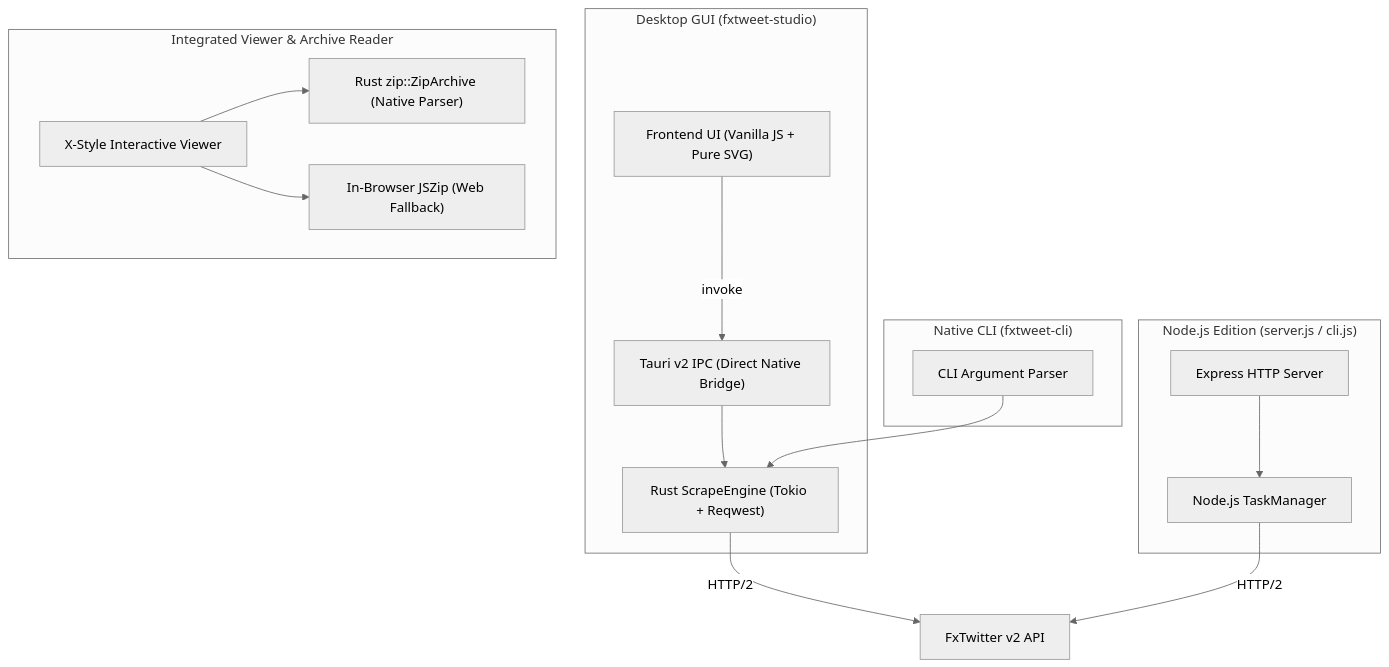
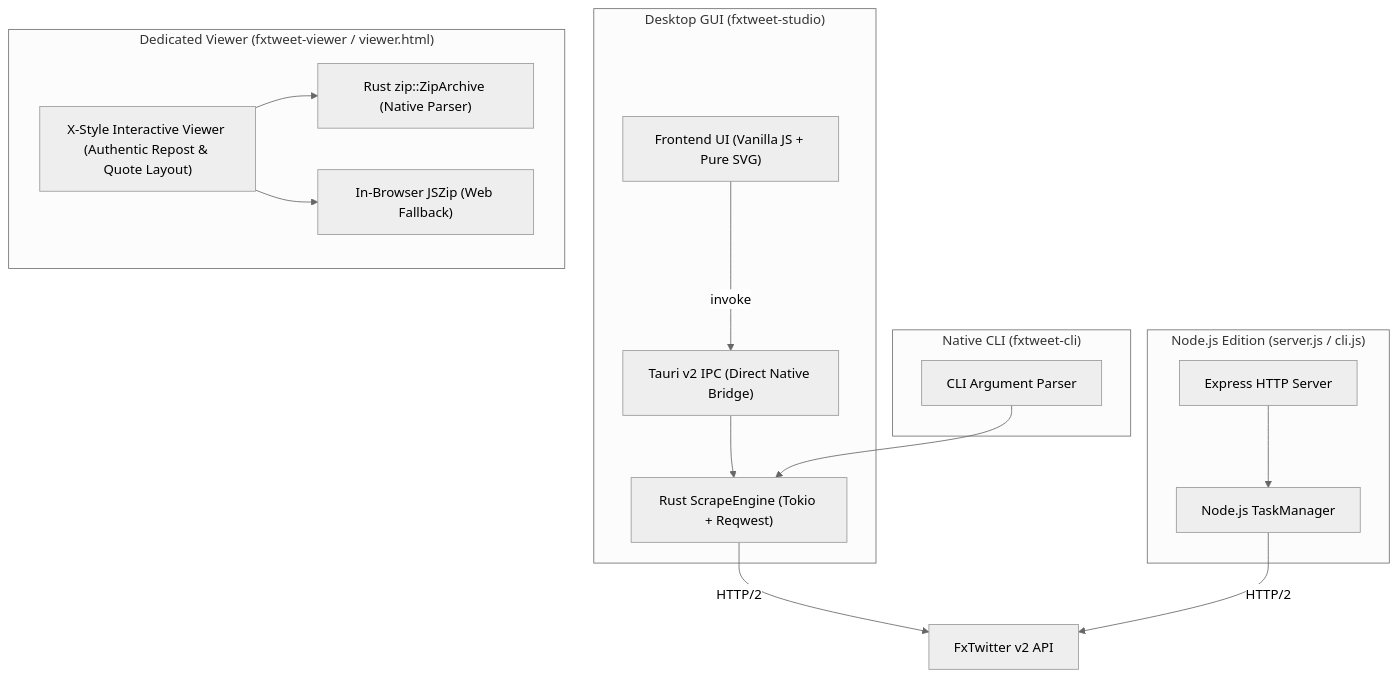
The diagram in DOCS.md (hikaproj/publictweetoutputter), drawn with Mermaid (neutral theme) before and after one commit. The commit also changed other lines of this file and 11 other files, not shown here.

Commit message:
feat: independent native fxtweet-viewer binary, authentic X repost layout, and studio UI polish

````diff
--- a/DOCS.md
+++ b/DOCS.md
@@ -12,32 +12,32 @@
 ```mermaid
 flowchart TD
     subgraph DesktopGUI["Desktop GUI (fxtweet-studio)"]
         UI["Frontend UI (Vanilla JS + Pure SVG)"]
         IPC["Tauri v2 IPC (Direct Native Bridge)"]
         REngine["Rust ScrapeEngine (Tokio + Reqwest)"]
         UI -->|invoke| IPC
         IPC --> REngine
     end
 
     subgraph NativeCLI["Native CLI (fxtweet-cli)"]
         CLIArgs["CLI Argument Parser"]
         CLIArgs --> REngine
     end
 
-    subgraph NativeViewer["Integrated Viewer & Archive Reader"]
-        VUI["X-Style Interactive Viewer"]
+    subgraph NativeViewer["Dedicated Viewer (fxtweet-viewer / viewer.html)"]
+        VUI["X-Style Interactive Viewer (Authentic Repost & Quote Layout)"]
         ZipNative["Rust zip::ZipArchive (Native Parser)"]
         JSZip["In-Browser JSZip (Web Fallback)"]
         VUI --> ZipNative
         VUI --> JSZip
     end
 
     subgraph NodeEdition["Node.js Edition (server.js / cli.js)"]
         Express["Express HTTP Server"]
         NodeEngine["Node.js TaskManager"]
         Express --> NodeEngine
     end
 
     REngine -->|HTTP/2| FxAPI["FxTwitter v2 API"]
     NodeEngine -->|HTTP/2| FxAPI
 ```
````
